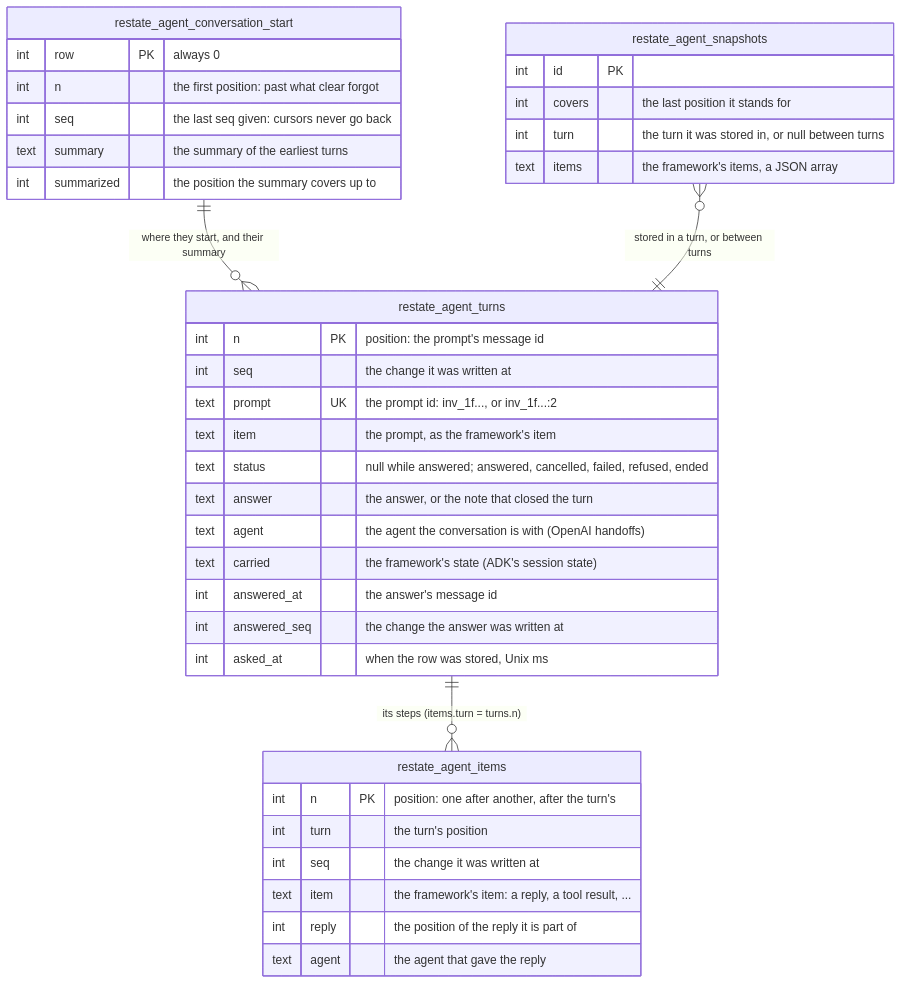
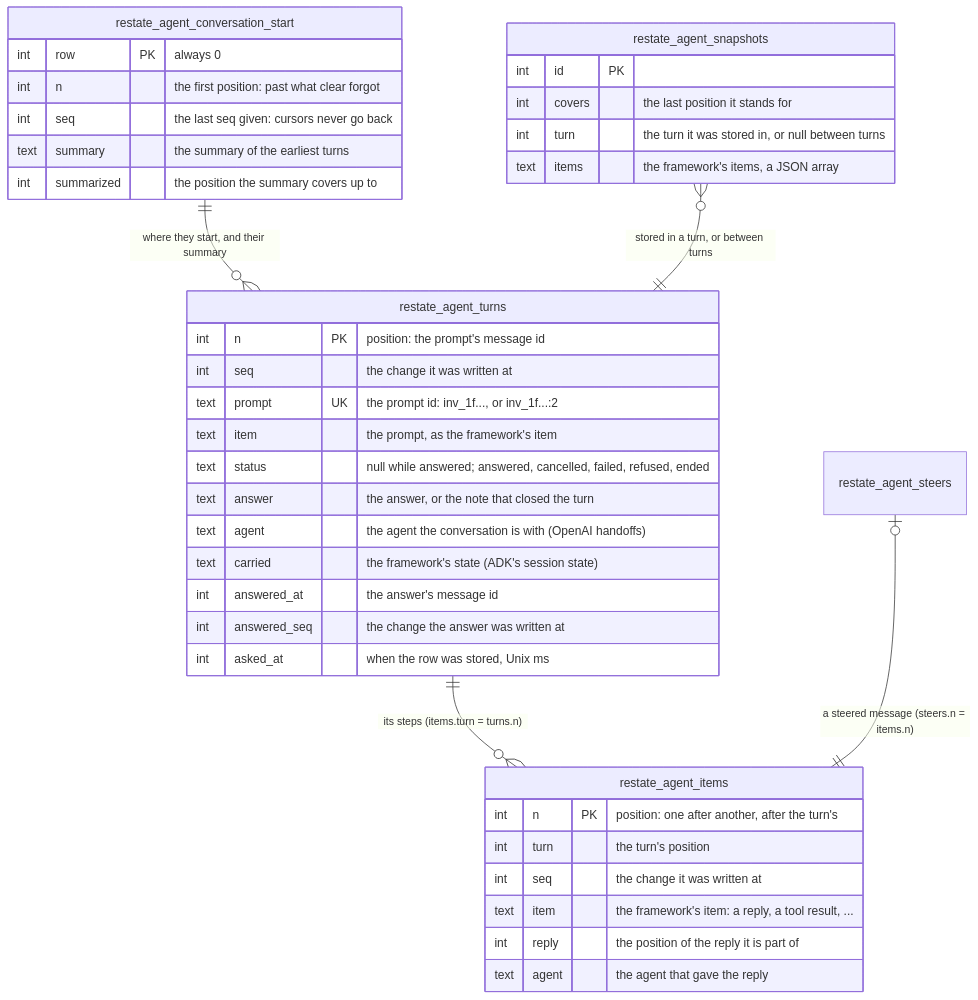
Before and after one commit to restatedev/sdk-python: the first of 4 diagrams in docs/agents/conversation.md, drawn with Mermaid. The commit also changed other lines of this file and 35 other files, not shown here.

````diff
--- a/docs/agents/conversation.md
+++ b/docs/agents/conversation.md
@@ -38,40 +40,41 @@
 ```mermaid
 erDiagram
   restate_agent_turns ||--o{ restate_agent_items : "its steps (items.turn = turns.n)"
   restate_agent_conversation_start ||--o{ restate_agent_turns : "where they start, and their summary"
   restate_agent_snapshots }o--|| restate_agent_turns : "stored in a turn, or between turns"
+  restate_agent_steers |o--|| restate_agent_items : "a steered message (steers.n = items.n)"
   restate_agent_turns {
     int n PK "position: the prompt's message id"
     int seq "the change it was written at"
     text prompt UK "the prompt id: inv_1f..., or inv_1f...:2"
     text item "the prompt, as the framework's item"
     text status "null while answered; answered, cancelled, failed, refused, ended"
     text answer "the answer, or the note that closed the turn"
     text agent "the agent the conversation is with (OpenAI handoffs)"
     text carried "the framework's state (ADK's session state)"
     int answered_at "the answer's message id"
     int answered_seq "the change the answer was written at"
     int asked_at "when the row was stored, Unix ms"
   }
   restate_agent_items {
     int n PK "position: one after another, after the turn's"
     int turn "the turn's position"
     int seq "the change it was written at"
     text item "the framework's item: a reply, a tool result, ..."
     int reply "the position of the reply it is part of"
     text agent "the agent that gave the reply"
   }
   restate_agent_conversation_start {
     int row PK "always 0"
     int n "the first position: past what clear forgot"
     int seq "the last seq given: cursors never go back"
     text summary "the summary of the earliest turns"
     int summarized "the position the summary covers up to"
   }
   restate_agent_snapshots {
     int id PK
     int covers "the last position it stands for"
     int turn "the turn it was stored in, or null between turns"
     text items "the framework's items, a JSON array"
   }
 ```
````
